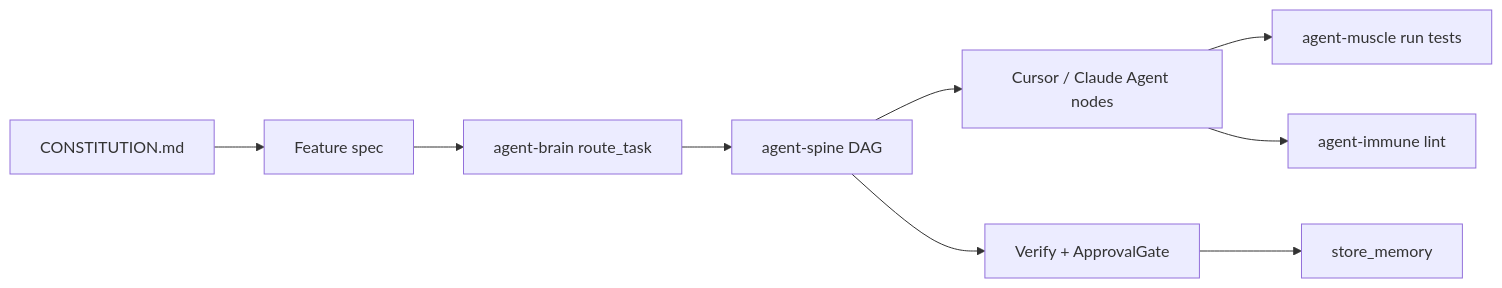
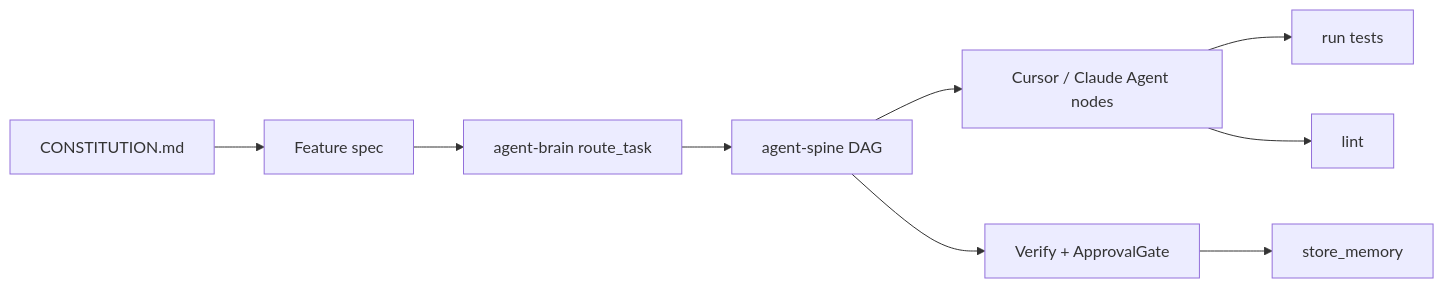
The diagram in docs/agent-brain/product/README.md (autonomic-ai-dev/website), drawn with Mermaid before and after one commit. The commit also changed 35 other files, not shown here.

````diff
--- a/docs/agent-brain/product/README.md
+++ b/docs/agent-brain/product/README.md
@@ -36,11 +36,11 @@
 ```mermaid
 flowchart LR
   C[CONSTITUTION.md] --> S[Feature spec]
   S --> B[agent-brain route_task]
   B --> SP[agent-spine DAG]
   SP --> A[Cursor / Claude Agent nodes]
-  A --> M[agent-muscle run tests]
-  A --> I[agent-immune lint]
+  A --> M[run tests]
+  A --> I[lint]
   SP --> V[Verify + ApprovalGate]
   V --> MEM[store_memory]
 ```
````
